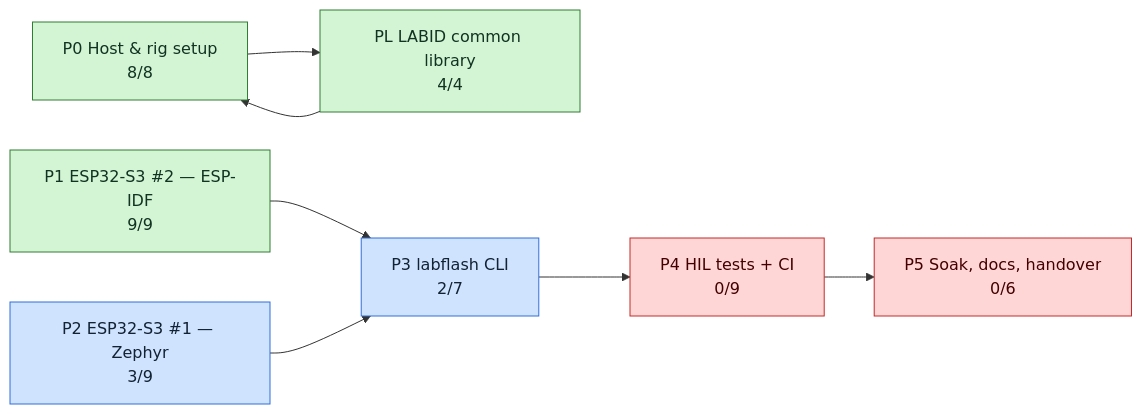
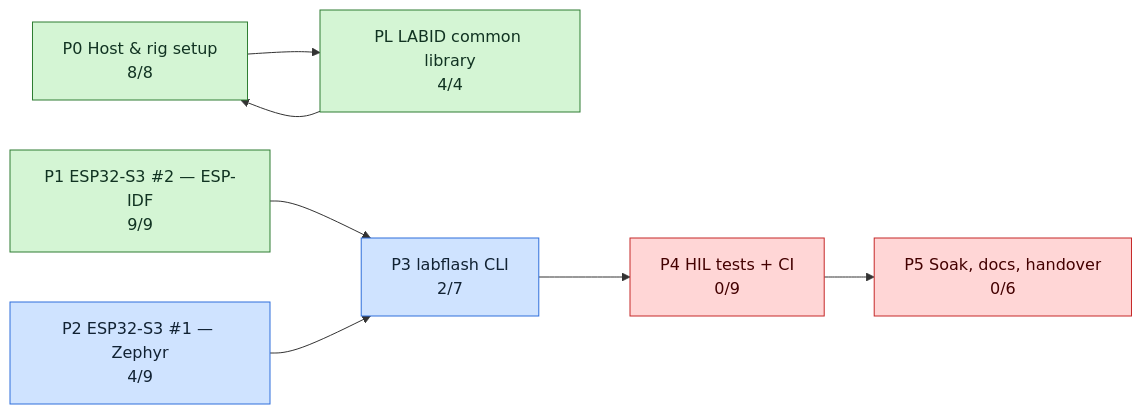
The second of 3 diagrams in tickets/TICKETS.md (mohamed-soubhi/bootlab-esp), drawn with Mermaid before and after one commit. The commit also changed other lines of this file and 17 other files, not shown here.

````diff
--- a/tickets/TICKETS.md
+++ b/tickets/TICKETS.md
@@ -36,20 +36,20 @@
 ```mermaid
 flowchart LR
     E0["P0 Host & rig setup<br/>8/8"]:::done
     EL["PL LABID common library<br/>4/4"]:::done
     E1["P1 ESP32-S3 #2 — ESP-IDF<br/>9/9"]:::done
-    E2["P2 ESP32-S3 #1 — Zephyr<br/>3/9"]:::doing
+    E2["P2 ESP32-S3 #1 — Zephyr<br/>4/9"]:::doing
     E3["P3 labflash CLI<br/>2/7"]:::doing
     E4["P4 HIL tests + CI<br/>0/9"]:::blocked
     E5["P5 Soak, docs, handover<br/>0/6"]:::blocked
     E0 --> EL
     E1 --> E3
     E2 --> E3
     E3 --> E4
     E4 --> E5
     EL --> E0
     classDef todo fill:#eeeeee,stroke:#999,color:#333
     classDef doing fill:#cfe3ff,stroke:#2f6fdb,color:#123
     classDef blocked fill:#ffd6d6,stroke:#c62828,color:#400
     classDef done fill:#d4f5d4,stroke:#2e7d32,color:#132
 ```
````
